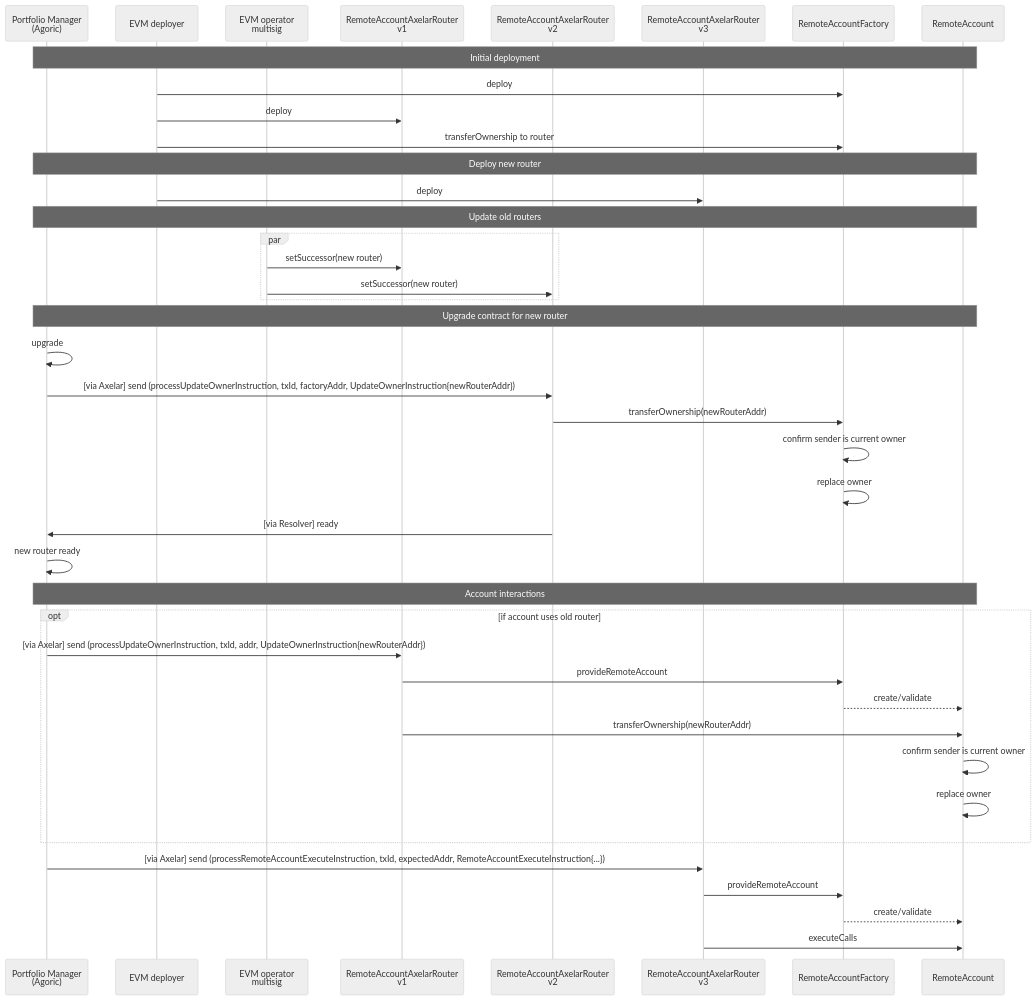
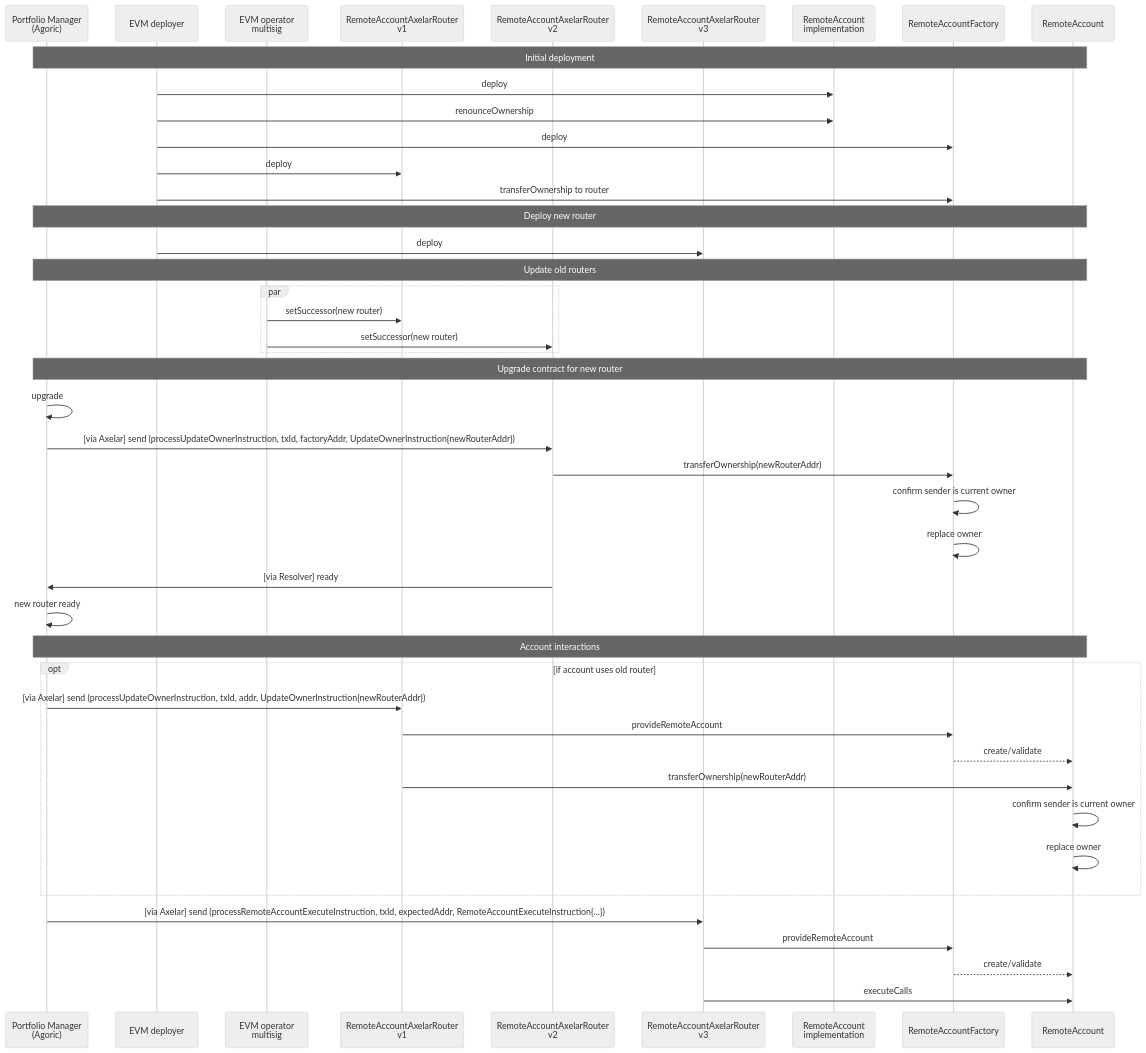
Before and after one commit to agoric-labs/agoric-to-axelar-local: the eighth of 8 diagrams in packages/axelar-local-dev-cosmos/src/contracts/design.md, drawn with Mermaid (neutral theme). The commit also changed other lines of this file, not shown here.

````diff
--- a/packages/axelar-local-dev-cosmos/src/contracts/design.md
+++ b/packages/axelar-local-dev-cosmos/src/contracts/design.md
@@ -528,48 +562,51 @@
 ```mermaid
 sequenceDiagram
     participant PM as Portfolio Manager<br>(Agoric)
     participant EVM_DEPLOYER as EVM deployer
     participant EVM_OPERATOR as EVM operator<br>multisig
     participant ROUTER1 as RemoteAccountAxelarRouter<br>v1
     participant ROUTER2 as RemoteAccountAxelarRouter<br>v2
     participant ROUTERn as RemoteAccountAxelarRouter<br>v3
+    participant IMP as RemoteAccount<br>implementation
     participant RAF as RemoteAccountFactory
     participant RA as RemoteAccount
 
     Note over PM,RA: Initial deployment
+    EVM_DEPLOYER->>IMP: deploy
+    EVM_DEPLOYER->>IMP: renounceOwnership
     EVM_DEPLOYER->>RAF: deploy
     EVM_DEPLOYER->>ROUTER1: deploy
     EVM_DEPLOYER->>RAF: transferOwnership to router
 
     Note over PM,RA: Deploy new router
     EVM_DEPLOYER->>ROUTERn: deploy
 
     Note over PM,RA: Update old routers
     par
         EVM_OPERATOR->>ROUTER1: setSuccessor(new router)
         EVM_OPERATOR->>ROUTER2: setSuccessor(new router)
     end
 
     Note over PM,RA: Upgrade contract for new router
     PM->>PM: upgrade
     PM->>ROUTER2: [via Axelar] send (processUpdateOwnerInstruction, txId, factoryAddr, UpdateOwnerInstruction{newRouterAddr})
     ROUTER2->>RAF: transferOwnership(newRouterAddr)
     RAF->>RAF: confirm sender is current owner
     RAF->>RAF: replace owner
     ROUTER2->>PM: [via Resolver] ready
     PM->>PM: new router ready
 
     Note over PM,RA: Account interactions
     opt if account uses old router
         PM->>ROUTER1: [via Axelar] send (processUpdateOwnerInstruction, txId, addr, UpdateOwnerInstruction{newRouterAddr})
         ROUTER1->>RAF: provideRemoteAccount
         RAF-->>RA: create/validate
         ROUTER1->>RA: transferOwnership(newRouterAddr)
         RA->>RA: confirm sender is current owner
         RA->>RA: replace owner
     end
     PM->>ROUTERn: [via Axelar] send (processRemoteAccountExecuteInstruction, txId, expectedAddr, RemoteAccountExecuteInstruction{...})
     ROUTERn->>RAF: provideRemoteAccount
     RAF-->>RA: create/validate
     ROUTERn->>RA: executeCalls
 ```
````
